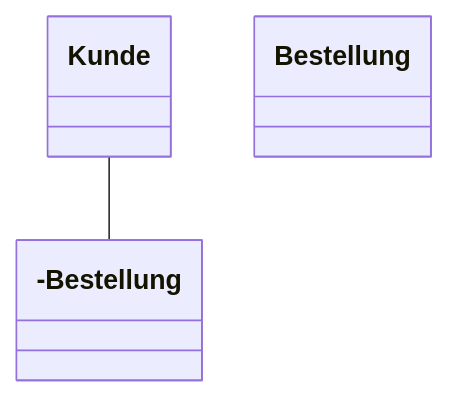
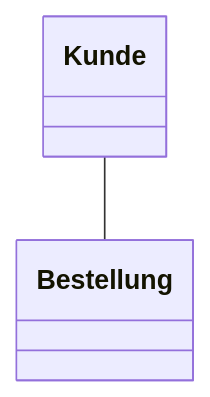
Before and after one commit to seanconroy-dev/FIAE_Umschulung_Notes: the fifth of 12 diagrams in notes/2026/Programmiertechnik/ASS/2026-03-26_Programmiertechnik_ASS_uml-diagramm.md, drawn with Mermaid.

Commit message:
Simplify UML diagram relationship notation

````diff
--- a/notes/2026/Programmiertechnik/ASS/2026-03-26_Programmiertechnik_ASS_uml-diagramm.md
+++ b/notes/2026/Programmiertechnik/ASS/2026-03-26_Programmiertechnik_ASS_uml-diagramm.md
@@ -246,6 +246,4 @@
 ```mermaid
 classDiagram
-    class Kunde
-    class Bestellung
-    Kunde --- Bestellung
+    Kunde -- Bestellung
 ```
````
